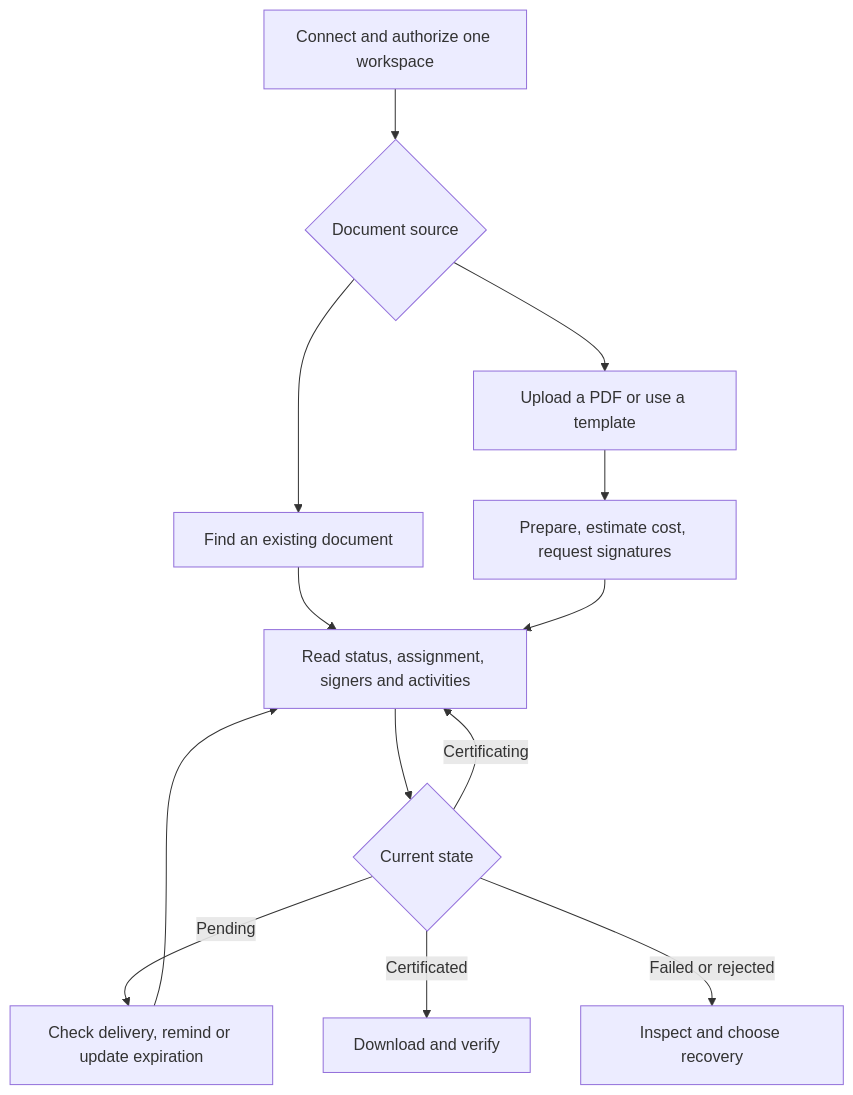
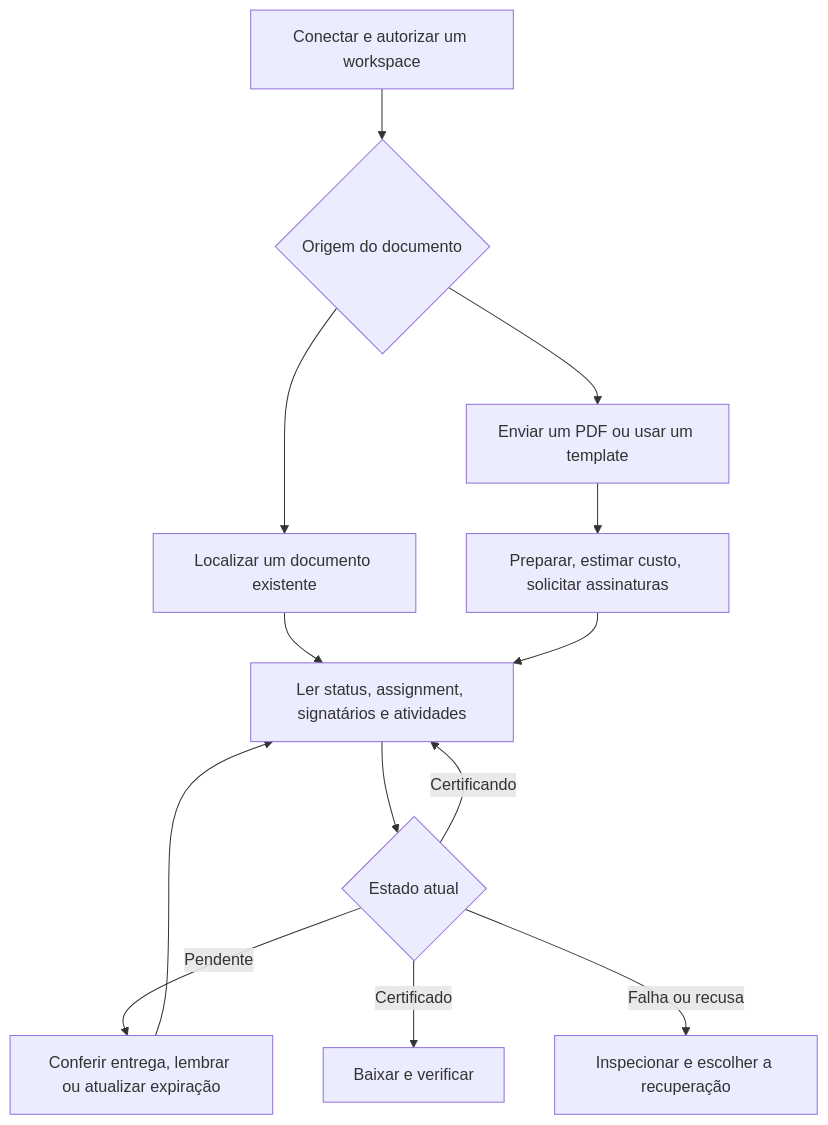
The diagram in README.md (assinafy/mcp-server), drawn with Mermaid before and after one commit. The commit also changed other lines of this file and 1 other file, not shown here.

````diff
--- a/README.md
+++ b/README.md
@@ -128,15 +136,15 @@
 ```mermaid
 flowchart TD
-    A[Connect and authorize one workspace] --> B{Document source}
-    B --> C[Find an existing document]
-    B --> D[Upload a PDF or use a template]
-    D --> E[Prepare, estimate cost, request signatures]
-    C --> F[Read status, assignment, signers and activities]
+    A[Conectar e autorizar um workspace] --> B{Origem do documento}
+    B --> C[Localizar um documento existente]
+    B --> D[Enviar um PDF ou usar um template]
+    D --> E[Preparar, estimar custo, solicitar assinaturas]
+    C --> F[Ler status, assignment, signatários e atividades]
     E --> F
-    F --> G{Current state}
-    G -->|Pending| H[Check delivery, remind or update expiration]
+    F --> G{Estado atual}
+    G -->|Pendente| H[Conferir entrega, lembrar ou atualizar expiração]
     H --> F
-    G -->|Certificating| F
-    G -->|Certificated| I[Download and verify]
-    G -->|Failed or rejected| J[Inspect and choose recovery]
+    G -->|Certificando| F
+    G -->|Certificado| I[Baixar e verificar]
+    G -->|Falha ou recusa| J[Inspecionar e escolher a recuperação]
 ```
````
